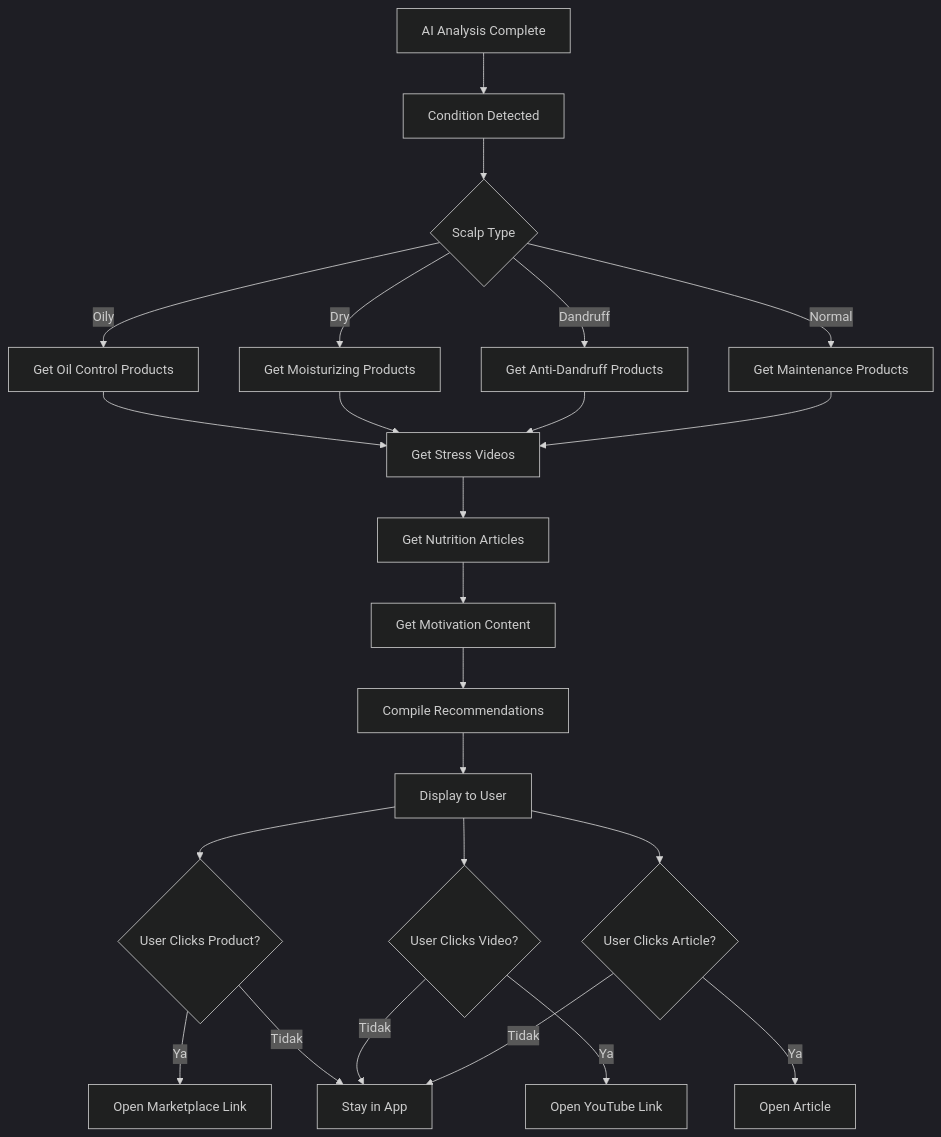
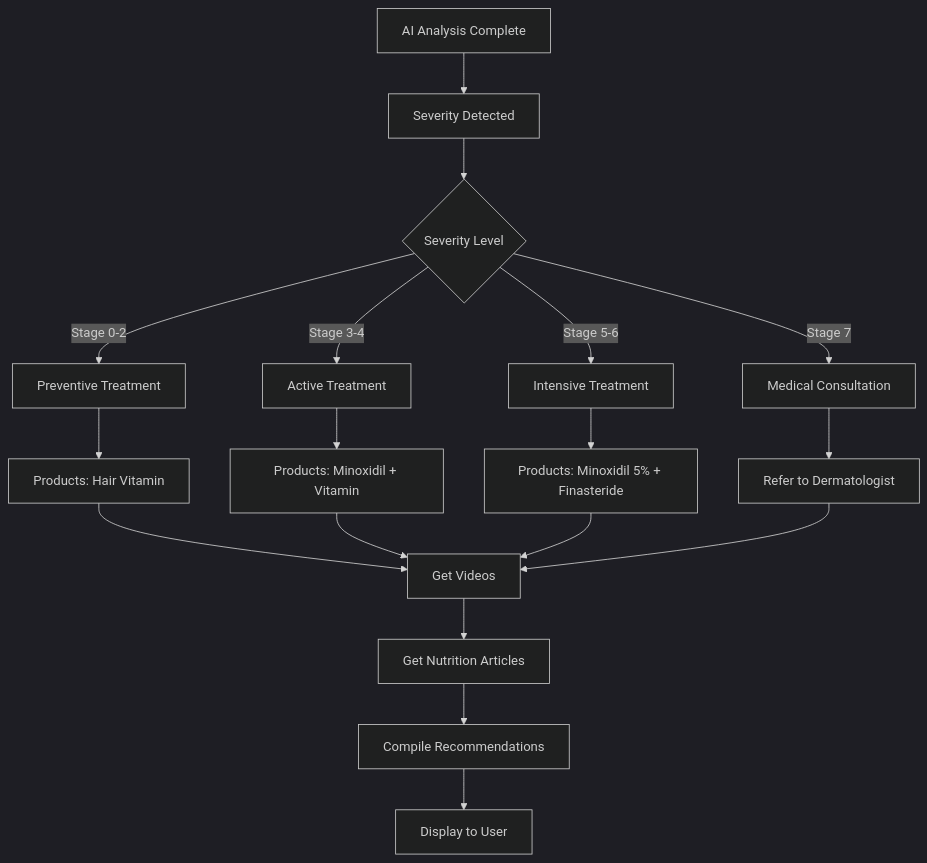
The eighth of 9 diagrams in Documentation/USER-FLOW.md (petrushandika/Scalp-Analytics), drawn with Mermaid (dark theme) before and after one commit. The commit also changed other lines of this file and 5 other files, not shown here.

````diff
--- a/Documentation/USER-FLOW.md
+++ b/Documentation/USER-FLOW.md
@@ -506,32 +879,24 @@
 ```mermaid
 flowchart TD
-    A[AI Analysis Complete] --> B[Condition Detected]
-    B --> C{Scalp Type}
-
-    C -->|Oily| D[Get Oil Control Products]
-    C -->|Dry| E[Get Moisturizing Products]
-    C -->|Dandruff| F[Get Anti-Dandruff Products]
-    C -->|Normal| G[Get Maintenance Products]
-
-    D --> H[Get Stress Videos]
-    E --> H
-    F --> H
-    G --> H
-
-    H --> I[Get Nutrition Articles]
-    I --> J[Get Motivation Content]
-    J --> K[Compile Recommendations]
-    K --> L[Display to User]
-
-    L --> M{User Clicks Product?}
-    M -->|Ya| N[Open Marketplace Link]
-    M -->|Tidak| O[Stay in App]
-
-    L --> P{User Clicks Video?}
-    P -->|Ya| Q[Open YouTube Link]
-    P -->|Tidak| O
-
-    L --> R{User Clicks Article?}
-    R -->|Ya| S[Open Article]
-    R -->|Tidak| O
+    A[AI Analysis Complete] --> B[Severity Detected]
+    B --> C{Severity Level}
+    
+    C -->|Stage 0-2| D[Preventive Treatment]
+    C -->|Stage 3-4| E[Active Treatment]
+    C -->|Stage 5-6| F[Intensive Treatment]
+    C -->|Stage 7| G[Medical Consultation]
+    
+    D --> H[Products: Hair Vitamin]
+    E --> I[Products: Minoxidil + Vitamin]
+    F --> J[Products: Minoxidil 5% + Finasteride]
+    G --> K[Refer to Dermatologist]
+    
+    H --> L[Get Videos]
+    I --> L
+    J --> L
+    K --> L
+    
+    L --> M[Get Nutrition Articles]
+    M --> N[Compile Recommendations]
+    N --> O[Display to User]
 ```
````
